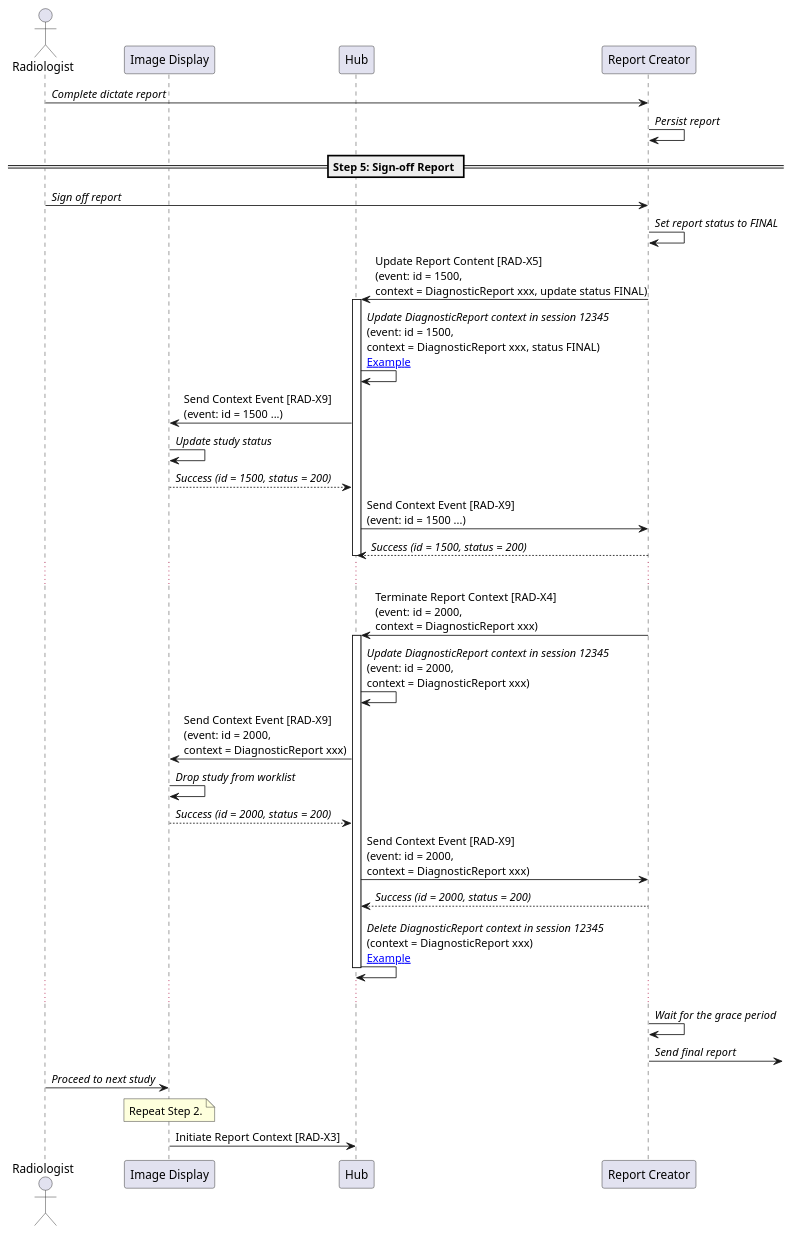
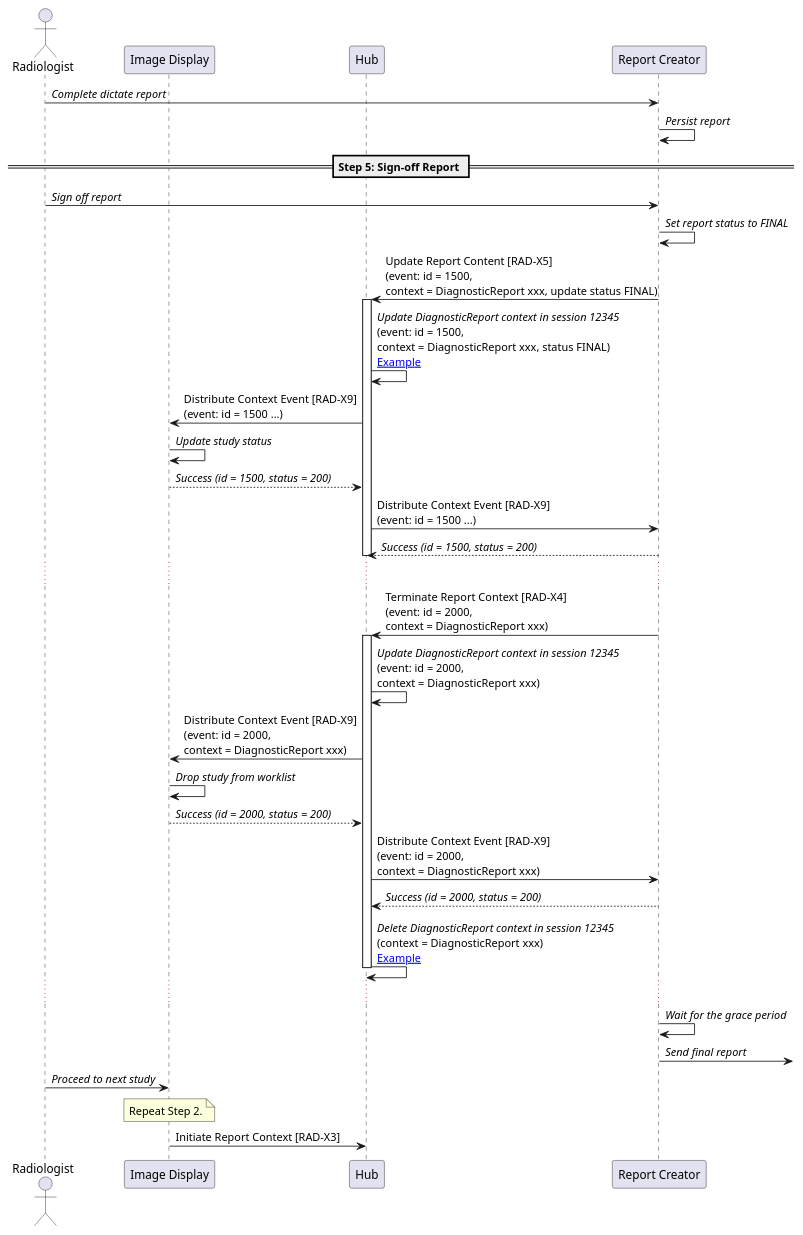
The diagram in input/images-source/step5-signoff-report.plantuml (IHE/RAD.IRA), drawn with PlantUML before and after one commit. The commit also changed 11 other files, not shown here.

Commit message:
Changed RAD-X9 to Distribute Context Event.

```diff
--- a/input/images-source/step5-signoff-report.plantuml
+++ b/input/images-source/step5-signoff-report.plantuml
@@ -1,55 +1,55 @@
 @startuml
 
 actor Radiologist as User
 participant "Image Display" as PACS
 participant "Hub" as Hub
 participant "Report Creator" as Report
 
 User->Report: //Complete dictate report//
 Report->Report: //Persist report//
 
 == Step 5: Sign-off Report ==
 
 User->Report: //Sign off report//
 Report->Report: //Set report status to FINAL//
 
 Report->Hub: Update Report Content [RAD-X5]\n(event: id = 1500,\ncontext = DiagnosticReport xxx, update status FINAL)
 activate Hub
 
 Hub->Hub: //Update DiagnosticReport context in session 12345//\n(event: id = 1500,\ncontext = DiagnosticReport xxx, status FINAL)\n[[update_report_status.html#available-context-and-content-in-hub Example]]
 
-Hub->PACS: Send Context Event [RAD-X9]\n(event: id = 1500 ...)
+Hub->PACS: Distribute Context Event [RAD-X9]\n(event: id = 1500 ...)
 PACS->PACS: //Update study status//
 PACS-->Hub: //Success (id = 1500, status = 200)//
-Hub->Report: Send Context Event [RAD-X9]\n(event: id = 1500 ...)
+Hub->Report: Distribute Context Event [RAD-X9]\n(event: id = 1500 ...)
 Report-->Hub: //Success (id = 1500, status = 200)//
 deactivate Hub
 
 ...
 
 Report->Hub: Terminate Report Context [RAD-X4]\n(event: id = 2000,\ncontext = DiagnosticReport xxx)
 activate Hub
 
 Hub->Hub: //Update DiagnosticReport context in session 12345//\n(event: id = 2000,\ncontext = DiagnosticReport xxx)
 
-Hub->PACS: Send Context Event [RAD-X9]\n(event: id = 2000,\ncontext = DiagnosticReport xxx)
+Hub->PACS: Distribute Context Event [RAD-X9]\n(event: id = 2000,\ncontext = DiagnosticReport xxx)
 PACS->PACS: //Drop study from worklist//
 PACS-->Hub: //Success (id = 2000, status = 200)//
-Hub->Report: Send Context Event [RAD-X9]\n(event: id = 2000,\ncontext = DiagnosticReport xxx)
+Hub->Report: Distribute Context Event [RAD-X9]\n(event: id = 2000,\ncontext = DiagnosticReport xxx)
 Report-->Hub: //Success (id = 2000, status = 200)//
 
 Hub->Hub: //Delete DiagnosticReport context in session 12345//\n(context = DiagnosticReport xxx)\n[[close_study_after_signoff.html#available-context-and-content-in-hub Example]]
 deactivate Hub
 
 ...
 Report->Report: //Wait for the grace period//
 Report->: //Send final report//
 
 User->PACS: //Proceed to next study//
 
 note over PACS
 Repeat Step 2.
 end note
 PACS->Hub: Initiate Report Context [RAD-X3]
 
 @enduml
```
